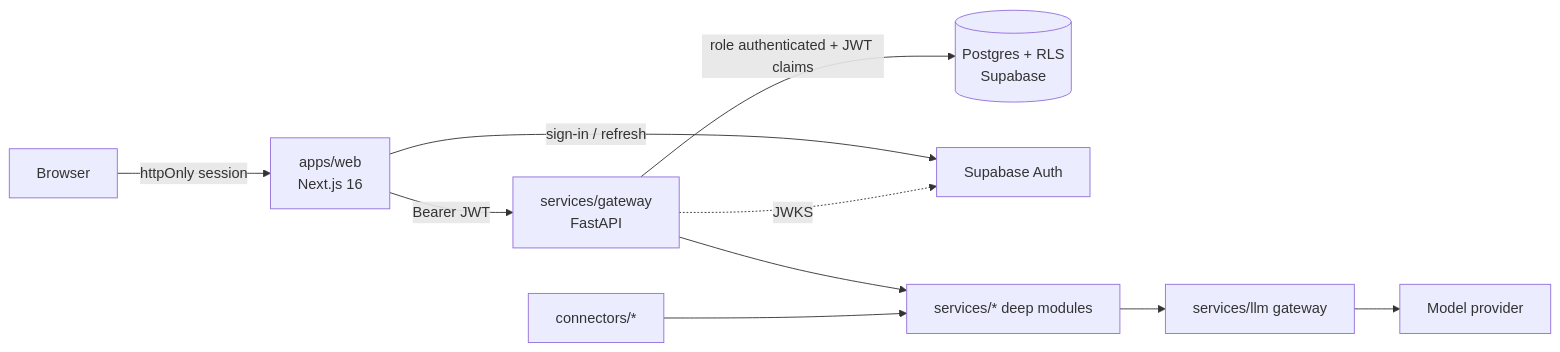
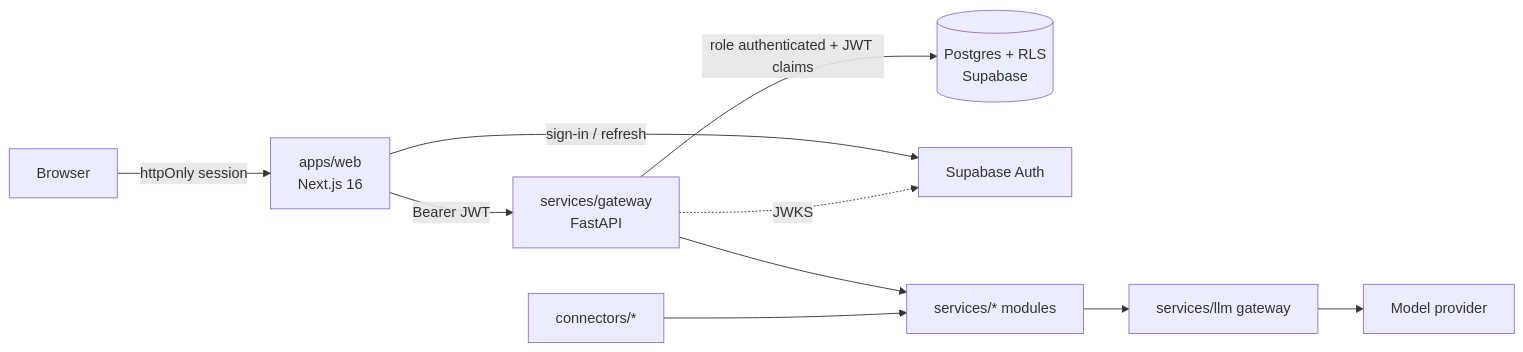
One commit to AyanbergenSaduakassov07/qazsupply-procurement-os changed the diagram in README.md. Above: the diagram before and after it, drawn with Mermaid. The commit also changed other lines of this file and 67 other files, not shown here.

````diff
--- a/README.md
+++ b/README.md
@@ -29,11 +27,11 @@
 ```mermaid
 flowchart LR
   B[Browser] -->|httpOnly session| W[apps/web<br/>Next.js 16]
   W -->|Bearer JWT| G[services/gateway<br/>FastAPI]
   G -->|role authenticated + JWT claims| DB[(Postgres + RLS<br/>Supabase)]
   W -->|sign-in / refresh| AUTH[Supabase Auth]
   G -. JWKS .-> AUTH
-  G --> M[services/* deep modules]
+  G --> M[services/* modules]
   M --> LLM[services/llm gateway] --> P[Model provider]
   C[connectors/*] --> M
 ```
````
